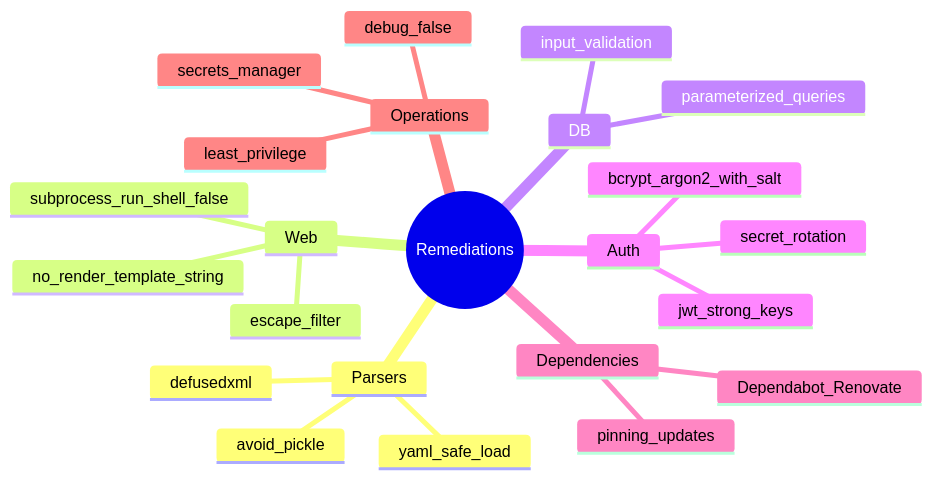
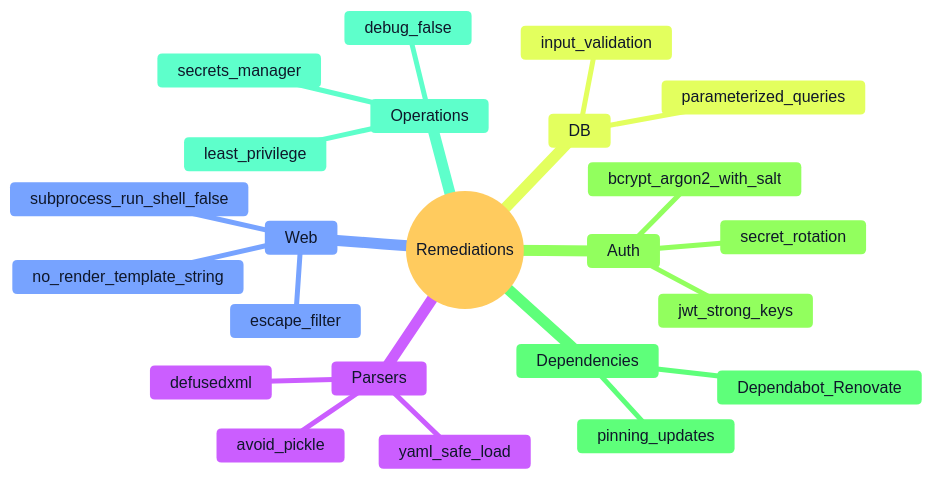
One commit to braad0/DevSecOps-pipeline-secure changed the fourth of 4 diagrams in README.md. Above: the diagram before and after it, drawn with Mermaid.

````diff
--- a/README.md
+++ b/README.md
@@ -199,34 +199,34 @@
 ```mermaid
 %%{init: {
-  "theme": "default",
+  "theme": "base",
   "themeVariables": {
     "background": "#ffffff",
     "primaryTextColor": "#0f172a",
     "lineColor": "#334155"
   }
 }}%%
 mindmap
   root((Remediations))
     Parsers
       yaml_safe_load
       defusedxml
       avoid_pickle
     Web
       escape_filter
       no_render_template_string
       subprocess_run_shell_false
     DB
       parameterized_queries
       input_validation
     Auth
       bcrypt_argon2_with_salt
       secret_rotation
       jwt_strong_keys
     Dependencies
       pinning_updates
       Dependabot_Renovate
     Operations
       debug_false
       least_privilege
       secrets_manager
 ```
````
